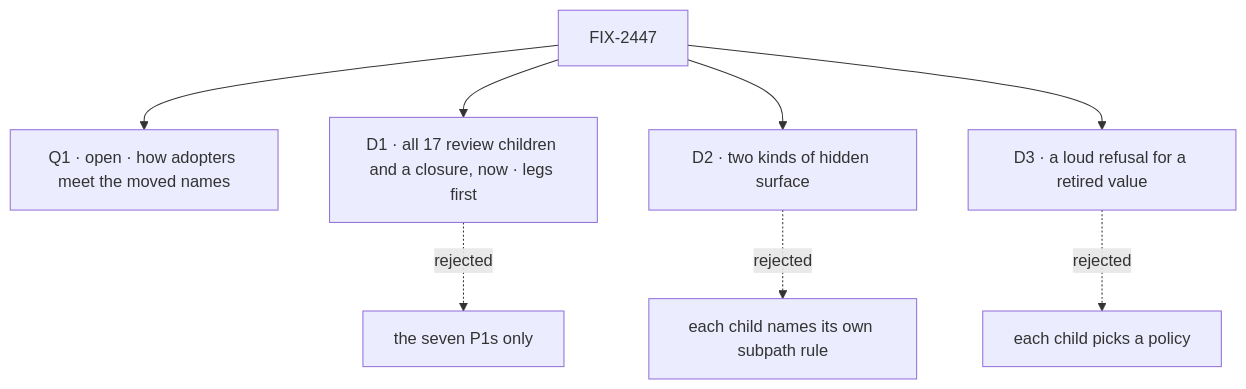
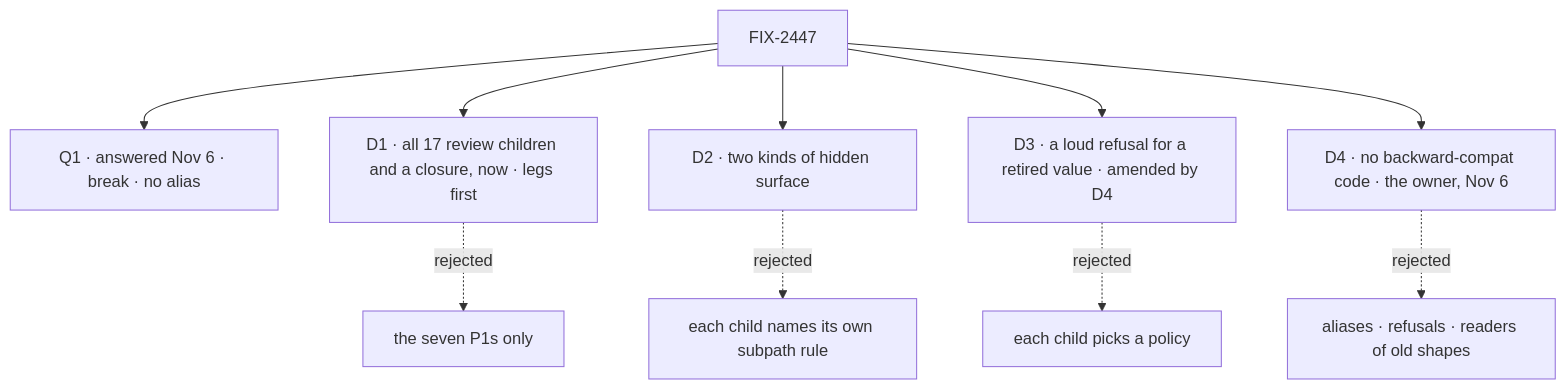
Before and after one commit to fixpoint-labs/flow-state-dev: the diagram in specs/epics/FIX-2447/DECISIONS.md, drawn with Mermaid. The commit also changed other lines of this file and 44 other files, not shown here.

First line of the commit message:
spec(FIX-2447): amend for Q1 = break and no backward-compat code

````diff
--- a/specs/epics/FIX-2447/DECISIONS.md
+++ b/specs/epics/FIX-2447/DECISIONS.md
@@ -10,10 +11,12 @@
 ```mermaid
 flowchart TD
-  E["FIX-2447"] --> Q1["Q1 · open · how adopters meet the moved names"]
+  E["FIX-2447"] --> Q1["Q1 · answered Nov 6 · break · no alias"]
   E --> D1["D1 · all 17 review children and a closure, now · legs first"]
   D1 -.->|"rejected"| X1["the seven P1s only"]
   E --> D2["D2 · two kinds of hidden surface"]
   D2 -.->|"rejected"| X2["each child names its own subpath rule"]
-  E --> D3["D3 · a loud refusal for a retired value"]
+  E --> D3["D3 · a loud refusal for a retired value · amended by D4"]
   D3 -.->|"rejected"| X3["each child picks a policy"]
+  E --> D4["D4 · no backward-compat code · the owner, Nov 6"]
+  D4 -.->|"rejected"| X4["aliases · refusals · readers of old shapes"]
 ```
````
